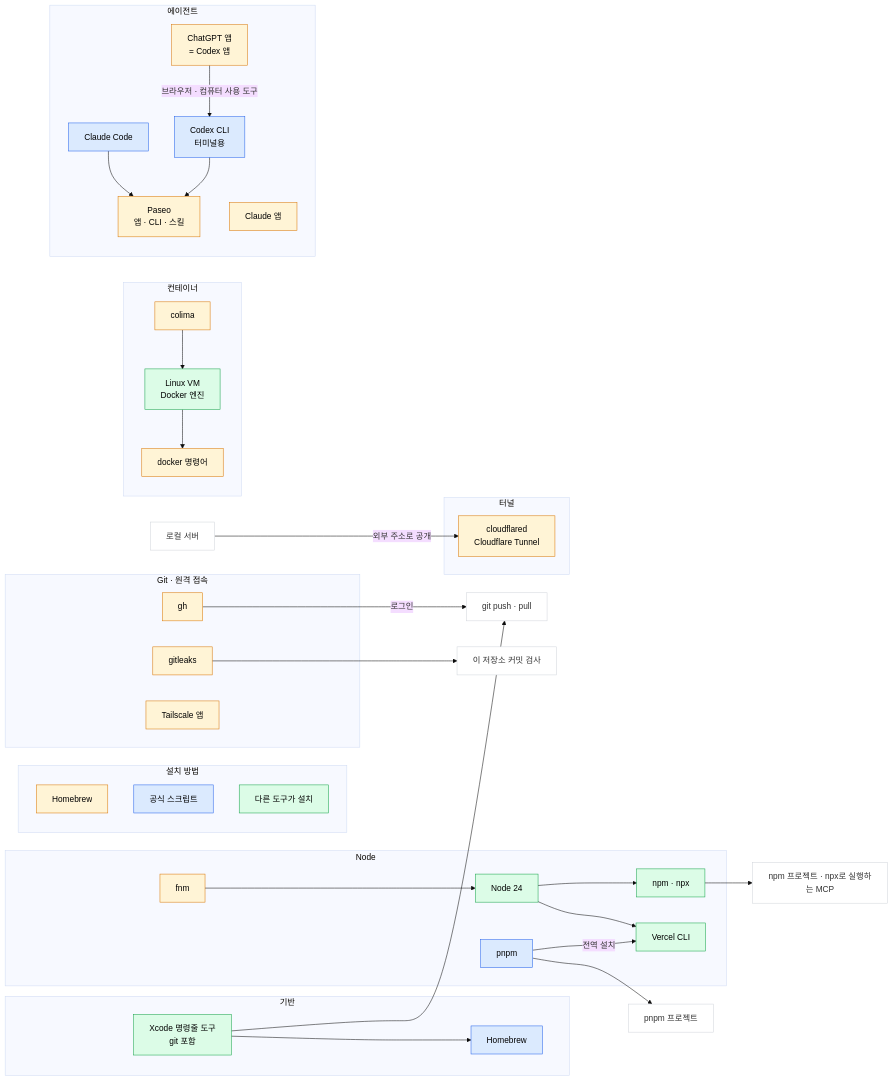
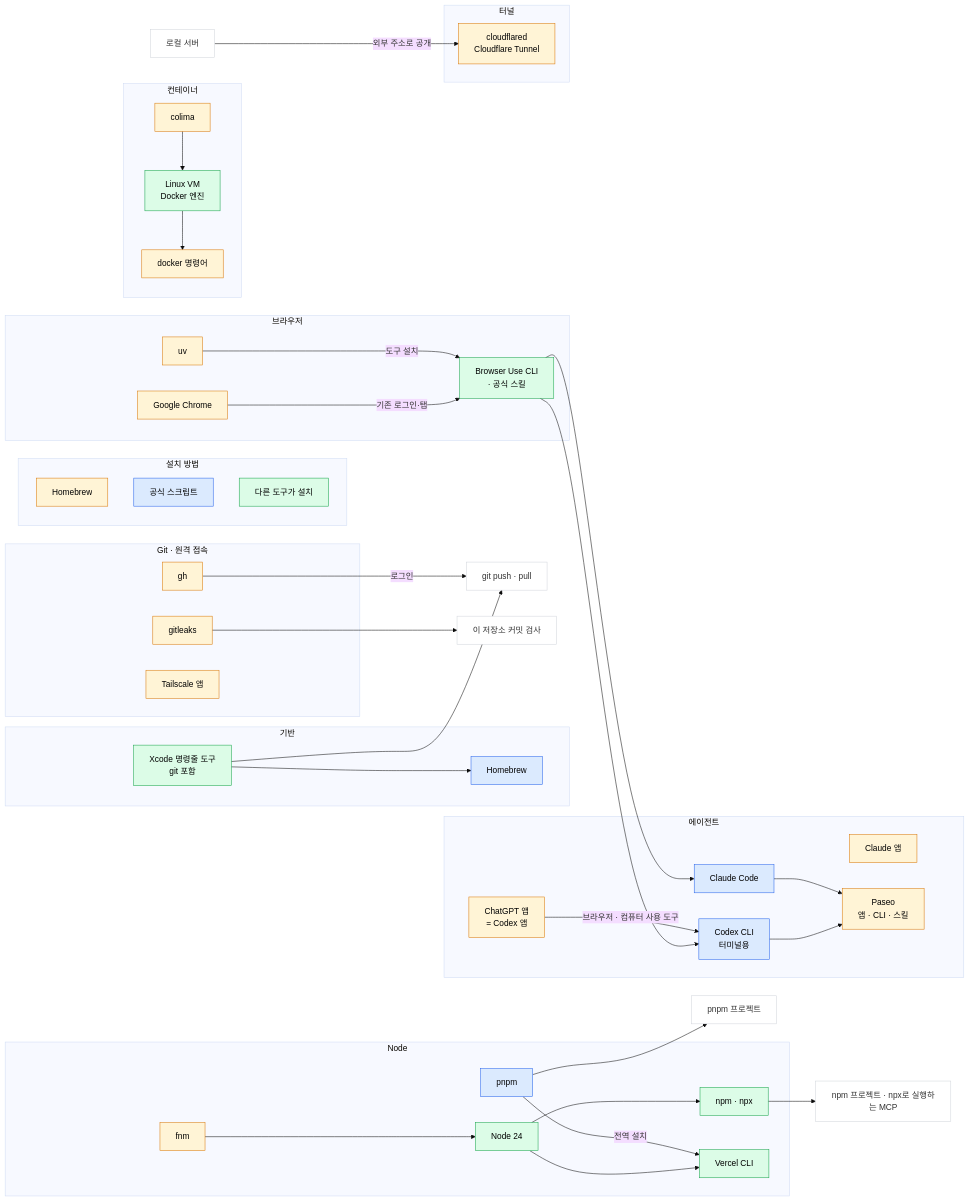
The diagram in TOOLS.md (01-works/bootstrap), drawn with Mermaid (base theme) before and after one commit. The commit also changed other lines of this file and 31 other files, not shown here.

````diff
--- a/TOOLS.md
+++ b/TOOLS.md
@@ -9,72 +9,82 @@
 ```mermaid
 flowchart LR
   subgraph sgLegend["설치 방법"]
     direction TB
     LG1["Homebrew"]:::brew
     LG2["공식 스크립트"]:::script
     LG3["다른 도구가 설치"]:::bundled
   end
 
   subgraph sgBase["기반"]
     CLT["Xcode 명령줄 도구<br/>git 포함"]
     BREW["Homebrew"]
   end
   CLT --> BREW
 
   subgraph sgGit["Git · 원격 접속"]
     GH["gh"]
     GL["gitleaks"]
     TSAPP["Tailscale 앱"]
   end
   CLT --> GIT["git push · pull"]
   GH -->|로그인| GIT
   GL --> HOOK["이 저장소 커밋 검사"]
 
   subgraph sgNode["Node"]
     FNM["fnm"]
     NODE["Node 24"]
     NPM["npm · npx"]
     PNPM["pnpm"]
     VERCEL["Vercel CLI"]
   end
   FNM --> NODE
   NODE --> NPM
   PNPM --> PP["pnpm 프로젝트"]
   PNPM -->|전역 설치| VERCEL
   NODE --> VERCEL
   NPM --> NP["npm 프로젝트 · npx로 실행하는 MCP"]
 
   subgraph sgDocker["컨테이너"]
     COLIMA["colima"]
     VM["Linux VM<br/>Docker 엔진"]
     DOCKER["docker 명령어"]
   end
   COLIMA --> VM
   VM --> DOCKER
 
   subgraph sgAgents["에이전트"]
     CC["Claude Code"]
     CLAUDEAPP["Claude 앱"]
     CHATGPT["ChatGPT 앱<br/>= Codex 앱"]
     CODEX["Codex CLI<br/>터미널용"]
     PASEO["Paseo<br/>앱 · CLI · 스킬"]
   end
   CHATGPT -->|브라우저 · 컴퓨터 사용 도구| CODEX
   CC --> PASEO
   CODEX --> PASEO
 
+  subgraph sgBrowser["브라우저"]
+    CHROME["Google Chrome"]
+    UV["uv"]
+    BU["Browser Use CLI<br/>· 공식 스킬"]
+  end
+  UV -->|도구 설치| BU
+  CHROME -->|기존 로그인·탭| BU
+  BU --> CC
+  BU --> CODEX
+
   subgraph sgTunnel["터널"]
     CF["cloudflared<br/>Cloudflare Tunnel"]
   end
   LOCAL["로컬 서버"] -->|외부 주소로 공개| CF
 
   classDef brew fill:#fff4d6,stroke:#d97706,color:#000
   classDef script fill:#dbeafe,stroke:#2563eb,color:#000
   classDef bundled fill:#dcfce7,stroke:#16a34a,color:#000
   classDef use fill:#ffffff,stroke:#d1d5db,color:#333
 
   class BREW,CC,CODEX,PNPM script
-  class CLT,NODE,NPM,VM,VERCEL bundled
-  class FNM,COLIMA,DOCKER,CLAUDEAPP,CHATGPT,PASEO,CF,GH,GL,TSAPP brew
+  class CLT,NODE,NPM,VM,VERCEL,BU bundled
+  class FNM,COLIMA,DOCKER,CLAUDEAPP,CHATGPT,PASEO,CF,GH,GL,TSAPP,CHROME,UV brew
   class PP,NP,GIT,HOOK,LOCAL use
 ```
````
